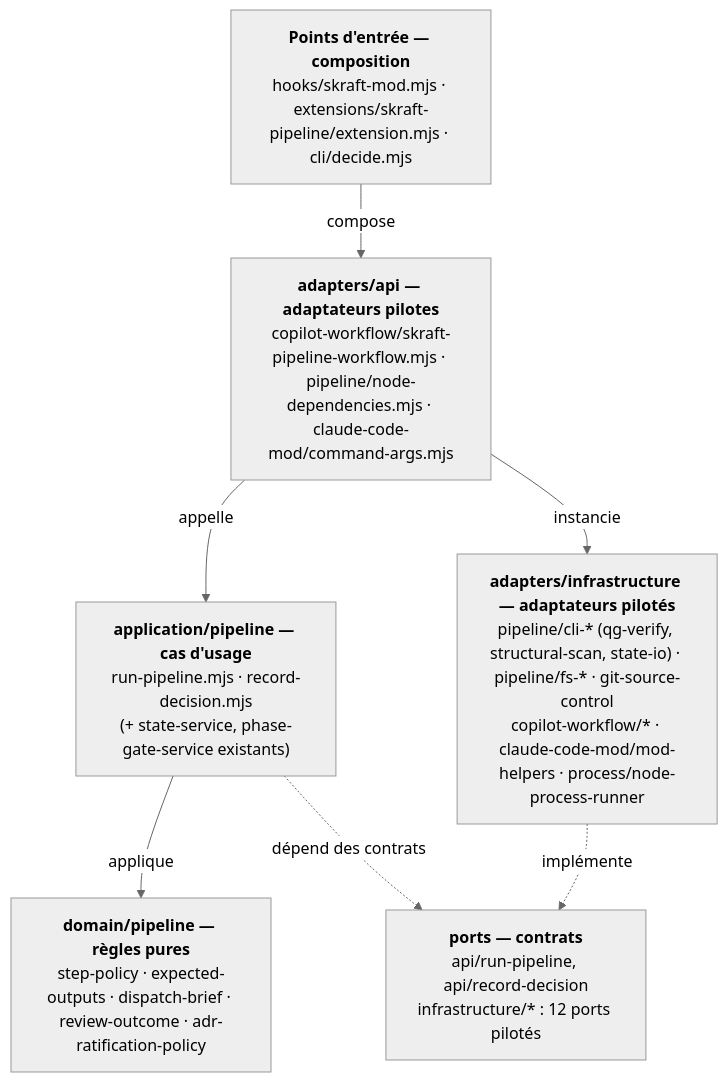
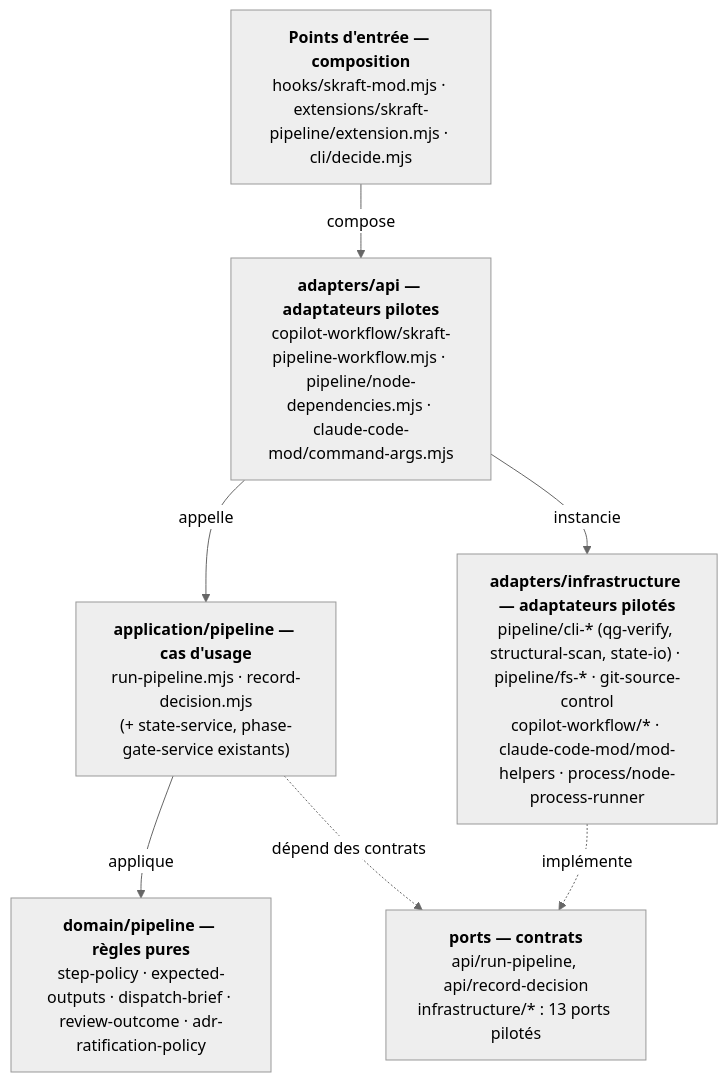
Before and after one commit to SebastienDegodez/skraft-plugin: the first of 4 diagrams in docs/run-pipeline.md, drawn with Mermaid (neutral theme). The commit also changed other lines of this file and 14 other files, not shown here.

````diff
--- a/docs/run-pipeline.md
+++ b/docs/run-pipeline.md
@@ -60,16 +60,16 @@
 ```mermaid
 flowchart TB
   E["<b>Points d'entrée — composition</b><br/>hooks/skraft-mod.mjs · extensions/skraft-pipeline/extension.mjs · cli/decide.mjs"]
   API["<b>adapters/api — adaptateurs pilotes</b><br/>copilot-workflow/skraft-pipeline-workflow.mjs · pipeline/node-dependencies.mjs · claude-code-mod/command-args.mjs"]
   APP["<b>application/pipeline — cas d'usage</b><br/>run-pipeline.mjs · record-decision.mjs<br/>(+ state-service, phase-gate-service existants)"]
   DOM["<b>domain/pipeline — règles pures</b><br/>step-policy · expected-outputs · dispatch-brief · review-outcome · adr-ratification-policy"]
-  PORTS["<b>ports — contrats</b><br/>api/run-pipeline, api/record-decision<br/>infrastructure/* : 12 ports pilotés"]
+  PORTS["<b>ports — contrats</b><br/>api/run-pipeline, api/record-decision<br/>infrastructure/* : 13 ports pilotés"]
   INFRA["<b>adapters/infrastructure — adaptateurs pilotés</b><br/>pipeline/cli-* (qg-verify, structural-scan, state-io) · pipeline/fs-* · git-source-control<br/>copilot-workflow/* · claude-code-mod/mod-helpers · process/node-process-runner"]
 
   E -->|compose| API
   API -->|appelle| APP
   APP -->|applique| DOM
   APP -.->|dépend des contrats| PORTS
   INFRA -.->|implémente| PORTS
   API -->|instancie| INFRA
 ```
````
